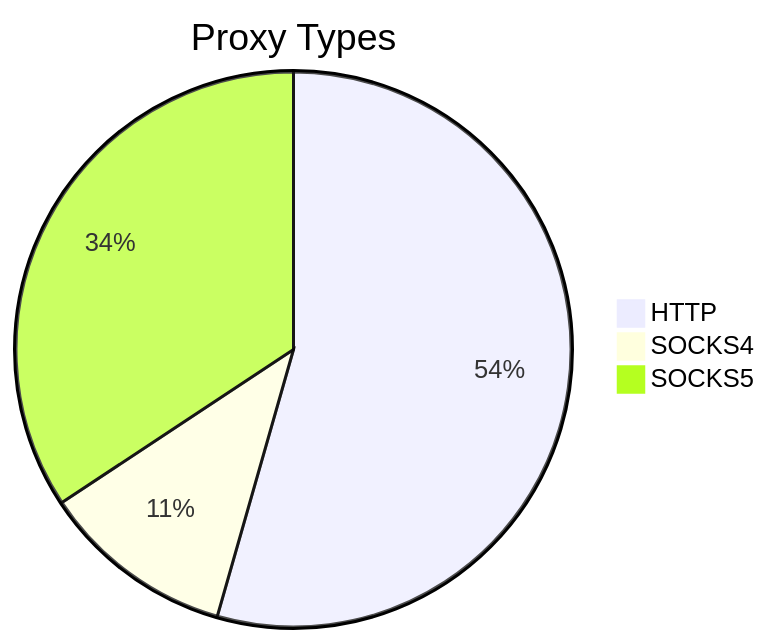
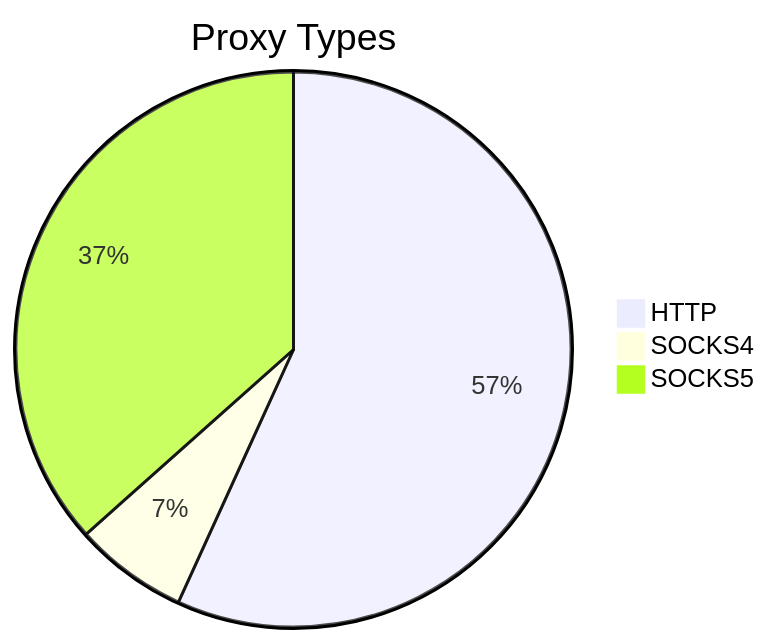
Before and after one commit to stormsia/proxy-list: the first of 2 diagrams in README.md, drawn with Mermaid. The commit also changed other lines of this file, not shown here.

````diff
--- a/README.md
+++ b/README.md
@@ -21,6 +21,6 @@
 ```mermaid
 pie title Proxy Types
-    "HTTP" : 473
-    "SOCKS4" : 98
-    "SOCKS5" : 298
+    "HTTP" : 455
+    "SOCKS4" : 53
+    "SOCKS5" : 293
 ```
````
